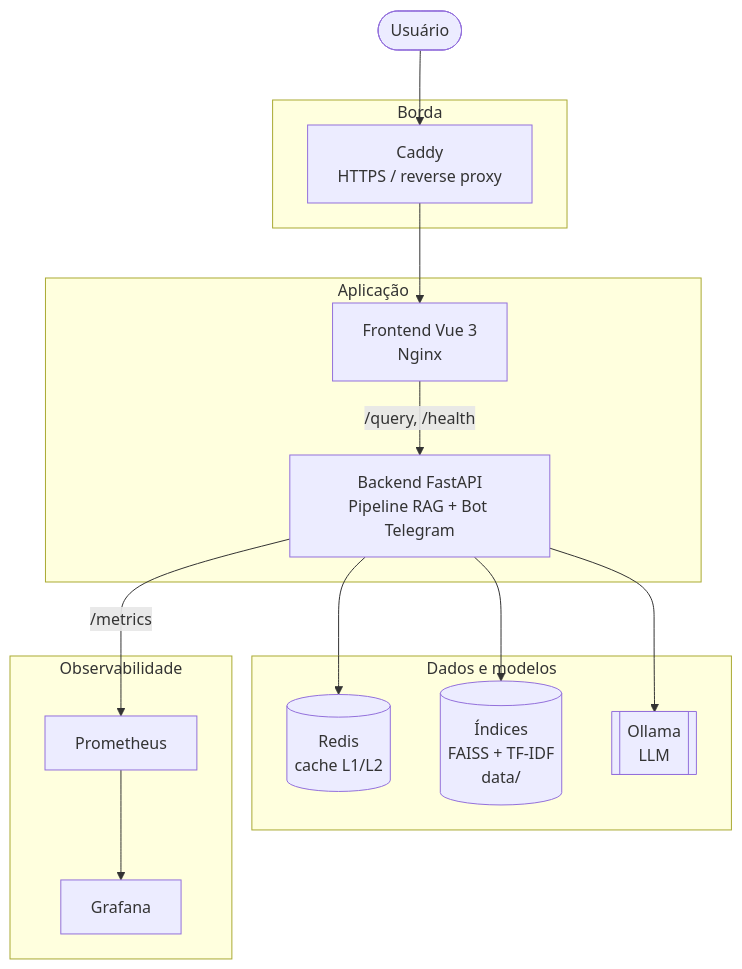
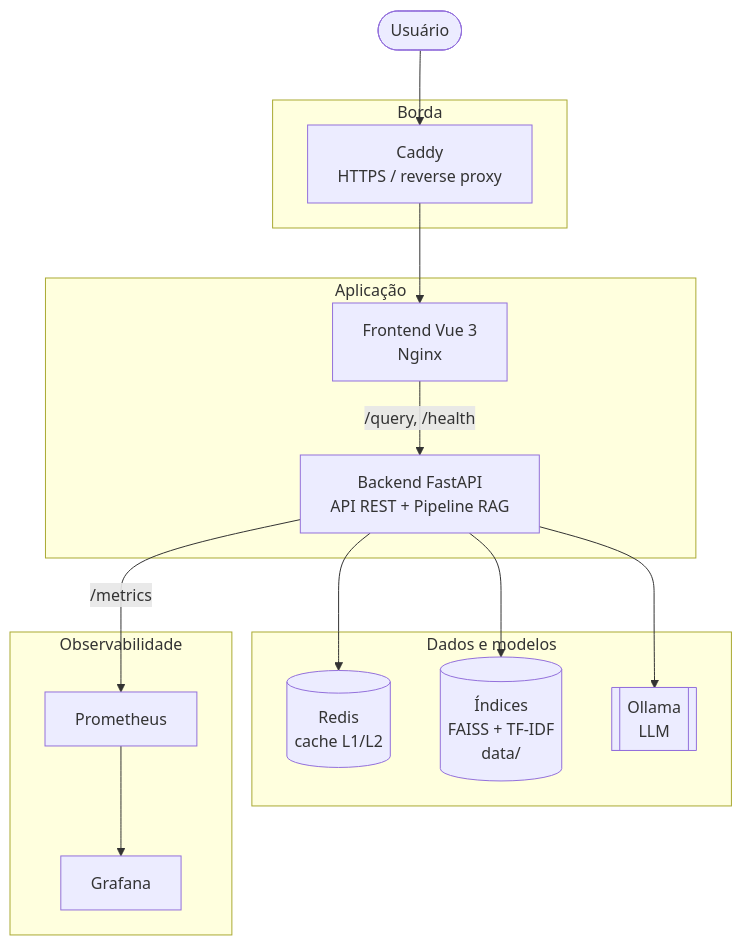
The second of 3 diagrams in docs/arquitetura/visao-geral.md (caioalvesbraga/FCTEBot), drawn with Mermaid before and after one commit. The commit also changed other lines of this file and 9 other files, not shown here.

````diff
--- a/docs/arquitetura/visao-geral.md
+++ b/docs/arquitetura/visao-geral.md
@@ -36,32 +38,32 @@
 ```mermaid
 flowchart TB
     user([Usuário])
 
     subgraph edge[Borda]
         caddy[Caddy<br/>HTTPS / reverse proxy]
     end
 
     subgraph app_tier[Aplicação]
         front[Frontend Vue 3<br/>Nginx]
-        api[Backend FastAPI<br/>Pipeline RAG + Bot Telegram]
+        api[Backend FastAPI<br/>API REST + Pipeline RAG]
     end
 
     subgraph data_tier[Dados e modelos]
         redis[(Redis<br/>cache L1/L2)]
         idx[(Índices<br/>FAISS + TF-IDF<br/>data/)]
         ollama[[Ollama<br/>LLM]]
     end
 
     subgraph obs[Observabilidade]
         prom[Prometheus]
         graf[Grafana]
     end
 
     user --> caddy --> front
     front -->|/query, /health| api
     api --> redis
     api --> idx
     api --> ollama
     api -->|/metrics| prom
     prom --> graf
 ```
````
